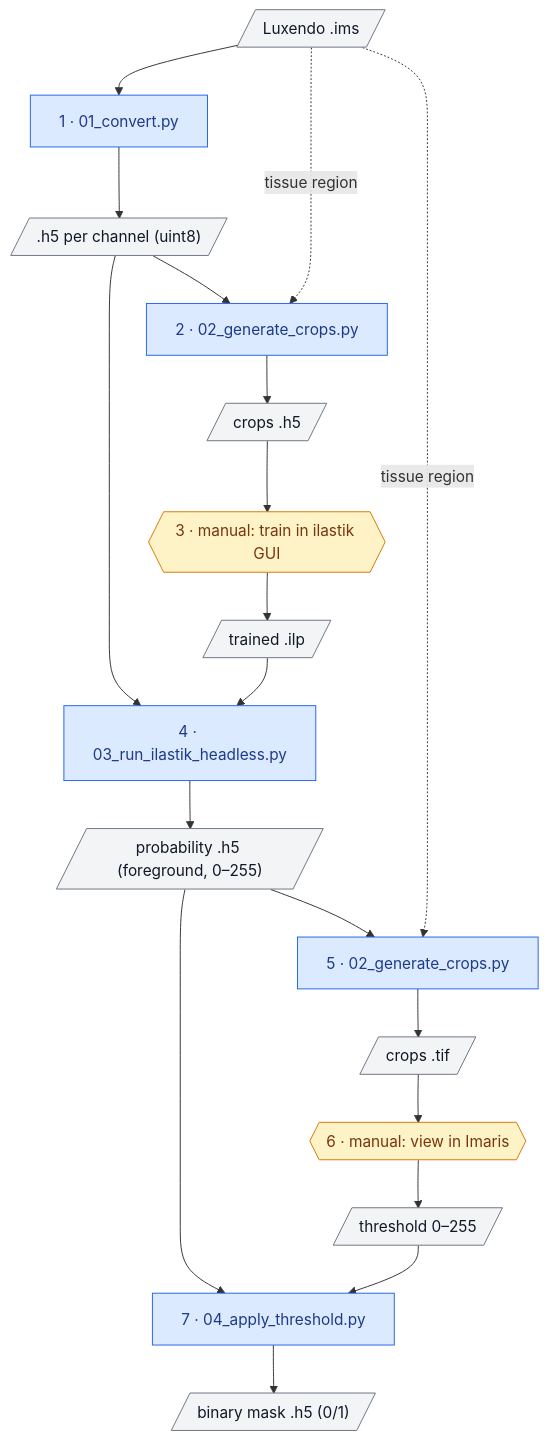
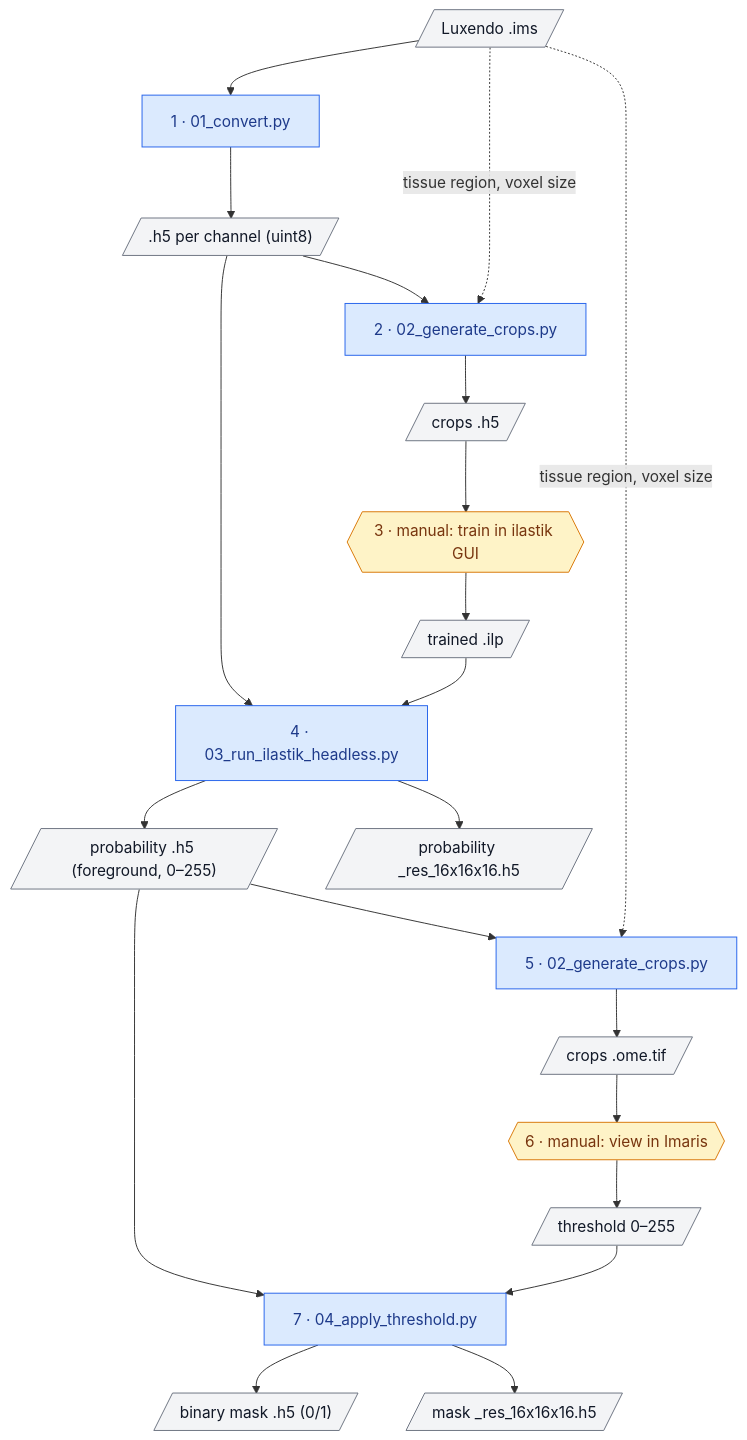
The diagram in README.md (domipysch/Ali_Dominik_Skeleton_Pipeline), drawn with Mermaid before and after one commit. The commit also changed other lines of this file and 4 other files, not shown here.

````diff
--- a/README.md
+++ b/README.md
@@ -16,46 +18,50 @@
 ```mermaid
 flowchart TD
     ims[/"Luxendo .ims"/]
 
     s1["1 · 01_convert.py"]
     h5[/".h5 per channel (uint8)"/]
 
     s2["2 · 02_generate_crops.py"]
     crops_train[/"crops .h5"/]
 
     s3{{"3 · manual: train in ilastik GUI"}}
     ilp[/"trained .ilp"/]
 
     s4["4 · 03_run_ilastik_headless.py"]
     prob[/"probability .h5 (foreground, 0–255)"/]
+    prob_low[/"probability _res_16x16x16.h5"/]
 
     s5["5 · 02_generate_crops.py"]
-    crops_view[/"crops .tif"/]
+    crops_view[/"crops .ome.tif"/]
 
     s6{{"6 · manual: view in Imaris"}}
     thr[/"threshold 0–255"/]
 
     s7["7 · 04_apply_threshold.py"]
     mask[/"binary mask .h5 (0/1)"/]
+    mask_low[/"mask _res_16x16x16.h5"/]
 
     ims --> s1 --> h5
     h5 --> s2
-    ims -. tissue region .-> s2
+    ims -. tissue region, voxel size .-> s2
     s2 --> crops_train --> s3 --> ilp
     h5 --> s4
     ilp --> s4
     s4 --> prob
+    s4 --> prob_low
     prob --> s5
-    ims -. tissue region .-> s5
+    ims -. tissue region, voxel size .-> s5
     s5 --> crops_view --> s6 --> thr
     prob --> s7
     thr --> s7
     s7 --> mask
+    s7 --> mask_low
 
     classDef script fill:#dbeafe,stroke:#2563eb,color:#1e3a8a
     classDef manual fill:#fef3c7,stroke:#d97706,color:#78350f
     classDef data fill:#f3f4f6,stroke:#6b7280,color:#111827
     class s1,s2,s4,s5,s7 script
     class s3,s6 manual
-    class ims,h5,crops_train,ilp,prob,crops_view,thr,mask data
+    class ims,h5,crops_train,ilp,prob,prob_low,crops_view,thr,mask,mask_low data
 ```
````
